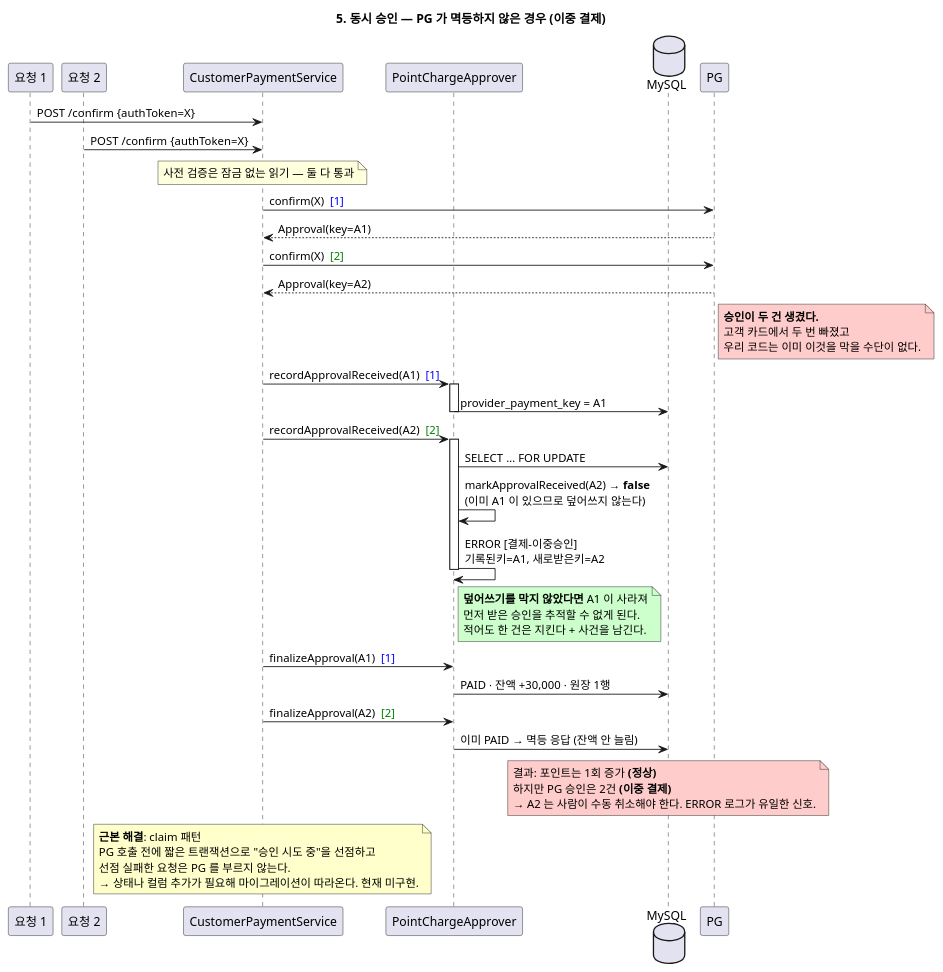
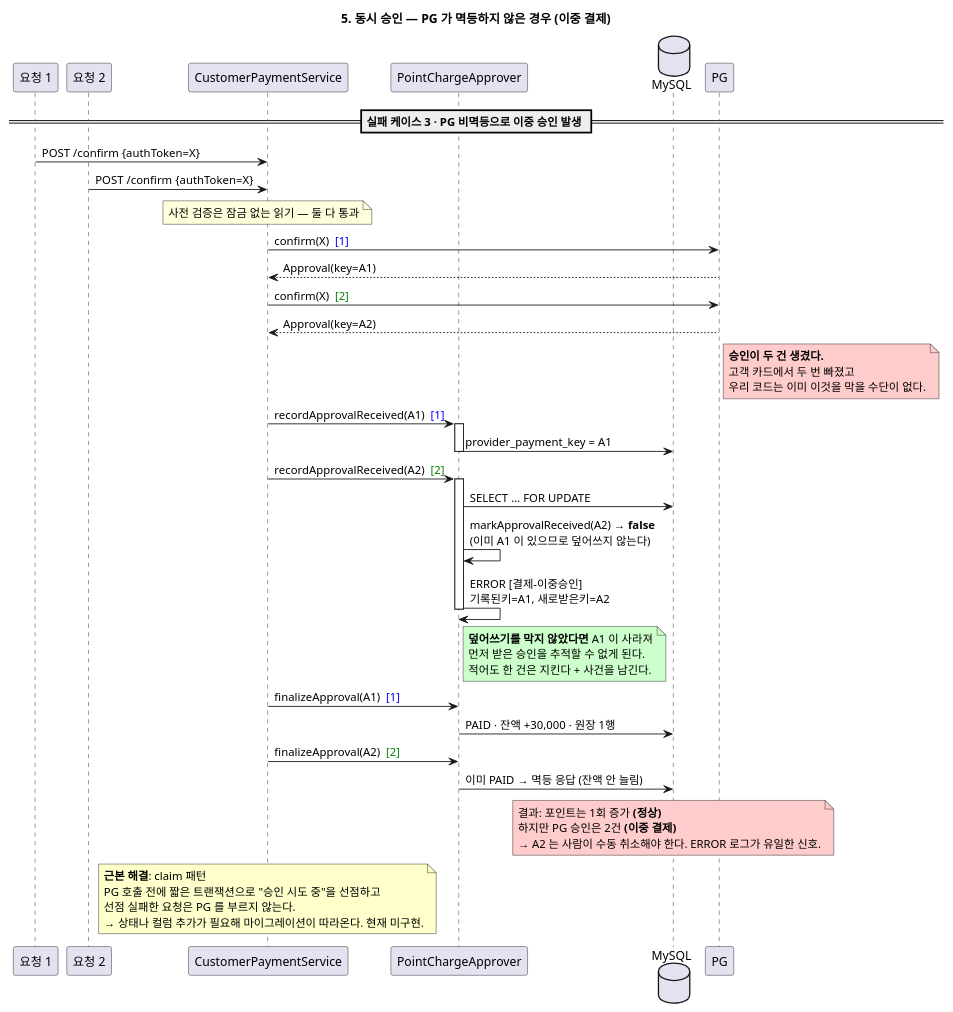
The fifth of 7 diagrams in docs/결제승인_관련_다이어그램/06-point-charge-sequence.puml (softeerbootcamp-8th/WEB-Team7-Turkey), drawn with PlantUML before and after one commit. The commit also changed other lines of this file and 7 other files, not shown here.

First line of the commit message:
docs: 결제 승인 시퀀스 다이어그램 갱신

```diff
--- a/docs/결제승인_관련_다이어그램/06-point-charge-sequence.puml
+++ b/docs/결제승인_관련_다이어그램/06-point-charge-sequence.puml
@@ -253,59 +267,60 @@
 @startuml 05-동시승인-PG비멱등
 title 5. 동시 승인 — PG 가 멱등하지 않은 경우 (이중 결제)
 
 participant "요청 1" as T1
 participant "요청 2" as T2
 participant "CustomerPaymentService" as S
 participant "PointChargeApprover" as A
 database "MySQL" as DB
 participant "PG" as PG
 
+== 실패 케이스 3 · PG 비멱등으로 이중 승인 발생 ==
 T1 -> S: POST /confirm {authToken=X}
 T2 -> S: POST /confirm {authToken=X}
 note over S: 사전 검증은 잠금 없는 읽기 — 둘 다 통과
 
 S -> PG: confirm(X)  <font color=blue>[1]</font>
 PG --> S: Approval(key=A1)
 S -> PG: confirm(X)  <font color=green>[2]</font>
 PG --> S: Approval(key=A2)
 note right of PG #FFCCCC
   <b>승인이 두 건 생겼다.</b>
   고객 카드에서 두 번 빠졌고
   우리 코드는 이미 이것을 막을 수단이 없다.
 end note
 
 S -> A: recordApprovalReceived(A1)  <font color=blue>[1]</font>
 activate A
 A -> DB: provider_payment_key = A1
 deactivate A
 
 S -> A: recordApprovalReceived(A2)  <font color=green>[2]</font>
 activate A
 A -> DB: SELECT … FOR UPDATE
 A -> A: markApprovalReceived(A2) → <b>false</b>\n(이미 A1 이 있으므로 덮어쓰지 않는다)
 A -> A: ERROR [결제-이중승인]\n기록된키=A1, 새로받은키=A2
 deactivate A
 note right of A #CCFFCC
   <b>덮어쓰기를 막지 않았다면</b> A1 이 사라져
   먼저 받은 승인을 추적할 수 없게 된다.
   적어도 한 건은 지킨다 + 사건을 남긴다.
 end note
 
 S -> A: finalizeApproval(A1)  <font color=blue>[1]</font>
 A -> DB: PAID · 잔액 +30,000 · 원장 1행
 S -> A: finalizeApproval(A2)  <font color=green>[2]</font>
 A -> DB: 이미 PAID → 멱등 응답 (잔액 안 늘림)
 
 note over DB #FFCCCC
   결과: 포인트는 1회 증가 <b>(정상)</b>
   하지만 PG 승인은 2건 <b>(이중 결제)</b>
   → A2 는 사람이 수동 취소해야 한다. ERROR 로그가 유일한 신호.
 end note
 
 note over S #FFFFCC
   <b>근본 해결</b>: claim 패턴
   PG 호출 전에 짧은 트랜잭션으로 "승인 시도 중"을 선점하고
   선점 실패한 요청은 PG 를 부르지 않는다.
   → 상태나 컬럼 추가가 필요해 마이그레이션이 따라온다. 현재 미구현.
 end note
 @enduml
```
